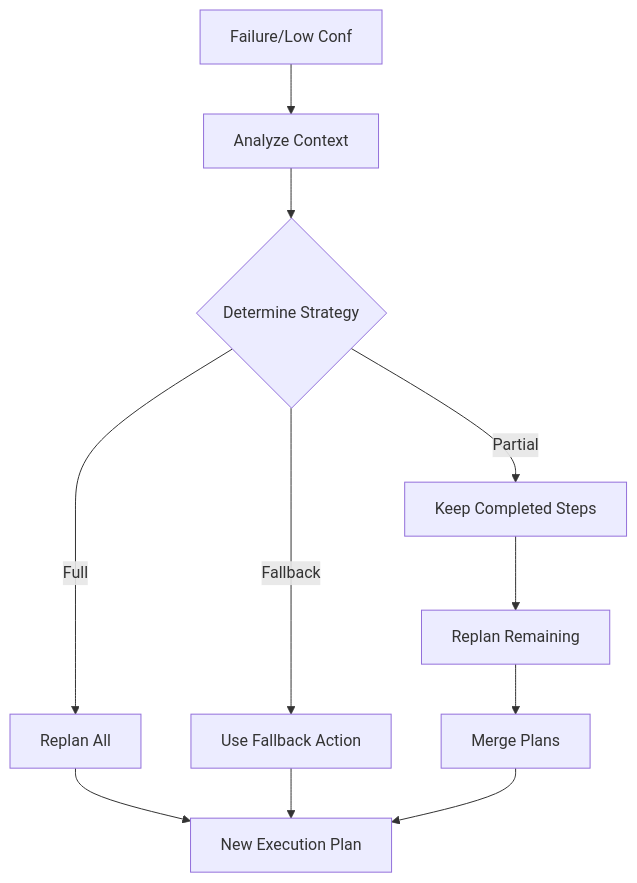
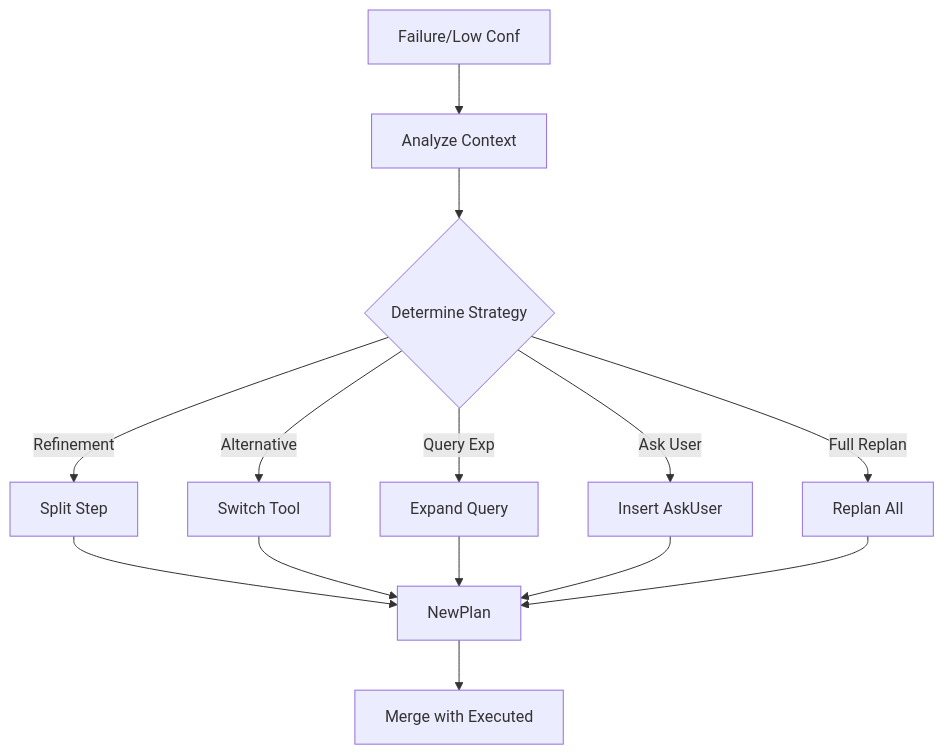
One commit to nakashima2toshio/gemini_grace_agent changed the sixth of 7 diagrams in doc/grace/grace_spec.md. Above: the diagram before and after it, drawn with Mermaid. The commit also changed other lines of this file and 17 other files, not shown here.

````diff
--- a/doc/grace/grace_spec.md
+++ b/doc/grace/grace_spec.md
@@ -330,18 +339,19 @@
     ```mermaid
     graph TD
         Trigger[Failure/Low Conf] --> Analyze[Analyze Context]
         Analyze --> Strategy{Determine Strategy}
         
-        Strategy -->|Partial| Keep[Keep Completed Steps]
-        Keep --> ReplanPartial[Replan Remaining]
+        Strategy -->|Refinement| Split[Split Step]
+        Strategy -->|Alternative| SwitchTool[Switch Tool]
+        Strategy -->|Query Exp| ModQuery[Expand Query]
+        Strategy -->|Ask User| InsertAsk[Insert AskUser]
+        Strategy -->|Full Replan| ReplanAll[Replan All]
         
-        Strategy -->|Full| ReplanAll[Replan All]
+        Split --> NewPlan
+        SwitchTool --> NewPlan
+        ModQuery --> NewPlan
+        InsertAsk --> NewPlan
+        ReplanAll --> NewPlan
         
-        Strategy -->|Fallback| ApplyFallback[Use Fallback Action]
-        
-        ReplanPartial --> Merge[Merge Plans]
-        ReplanAll --> NewPlan
-        ApplyFallback --> NewPlan
-        
-        Merge --> NewPlan[New Execution Plan]
+        NewPlan --> Merge[Merge with Executed]
     ```
````
